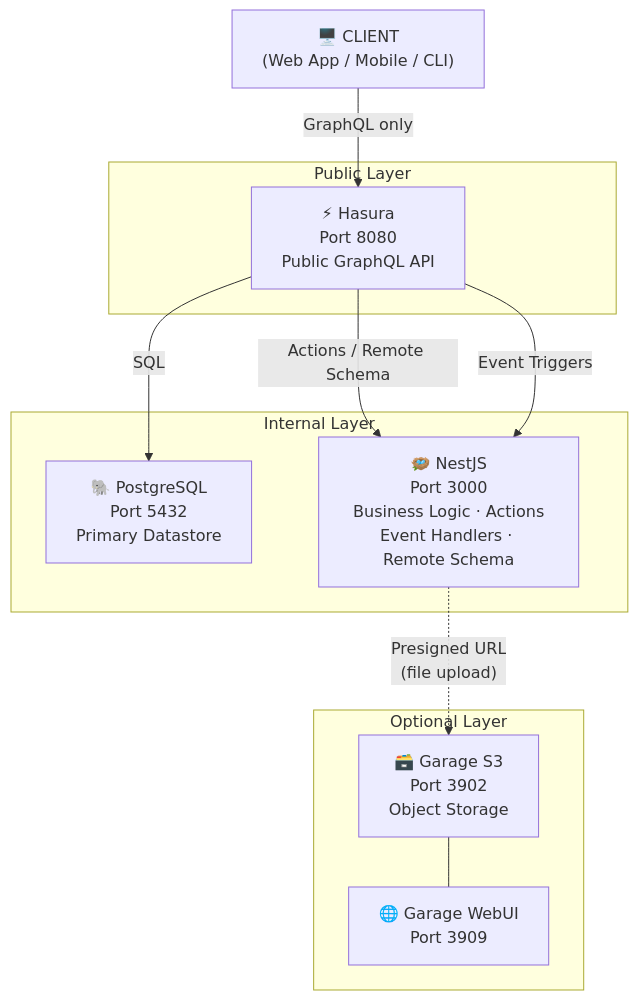
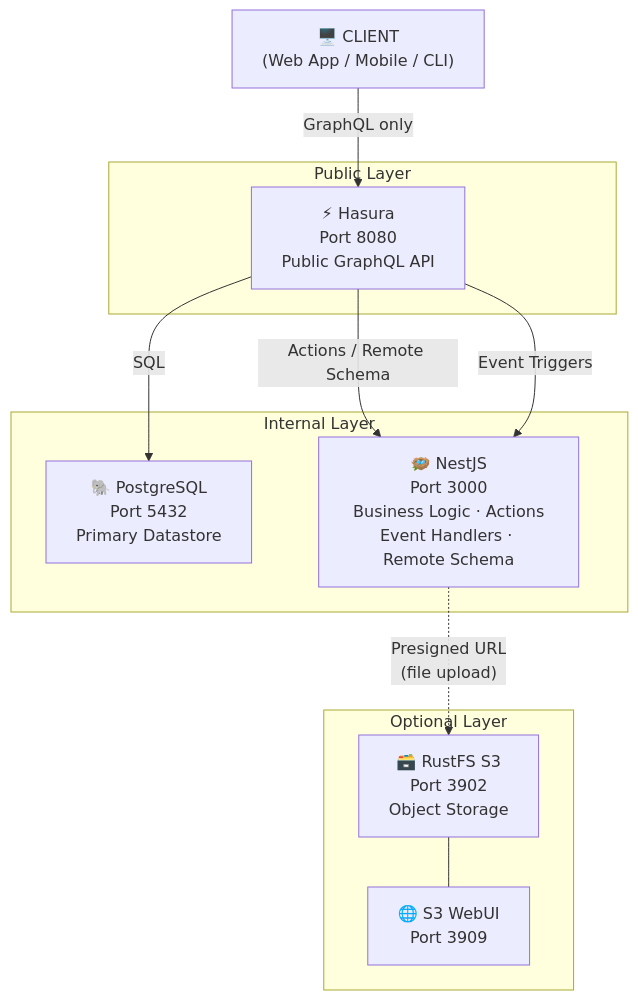
Before and after one commit to leqtrungit/stratum: the diagram in README.md, drawn with Mermaid. The commit also changed other lines of this file, not shown here.

First line of the commit message:
docs(readme): update for Phase 3 — docs, storage rename, roadmap status

````diff
--- a/README.md
+++ b/README.md
@@ -40,25 +40,25 @@
 ```mermaid
 flowchart TD
     CLIENT["🖥️ CLIENT\n(Web App / Mobile / CLI)"]
 
     subgraph public["Public Layer"]
         HASURA["⚡ Hasura\nPort 8080\nPublic GraphQL API"]
     end
 
     subgraph internal["Internal Layer"]
         PG["🐘 PostgreSQL\nPort 5432\nPrimary Datastore"]
         NESTJS["🪺 NestJS\nPort 3000\nBusiness Logic · Actions\nEvent Handlers · Remote Schema"]
     end
 
     subgraph optional["Optional Layer"]
-        GARAGE["🗃️ Garage S3\nPort 3902\nObject Storage"]
-        GARAGEUI["🌐 Garage WebUI\nPort 3909"]
+        RUSTFS["🗃️ RustFS S3\nPort 3902\nObject Storage"]
+        RUSTFSUI["🌐 S3 WebUI\nPort 3909"]
     end
 
     CLIENT -->|"GraphQL only"| HASURA
     HASURA -->|"SQL"| PG
     HASURA -->|"Actions / Remote Schema"| NESTJS
     HASURA -->|"Event Triggers"| NESTJS
-    NESTJS -.->|"Presigned URL\n(file upload)"| GARAGE
-    GARAGE --- GARAGEUI
+    NESTJS -.->|"Presigned URL\n(file upload)"| RUSTFS
+    RUSTFS --- RUSTFSUI
 ```
````
